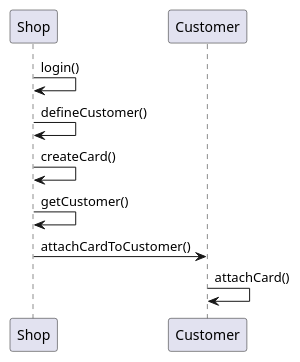
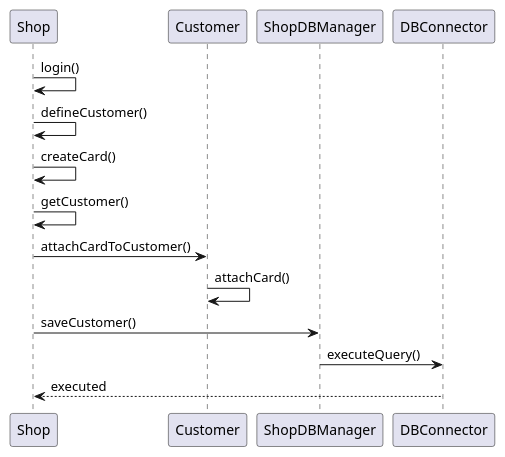
The fifth of 9 diagrams in Deliverables/DesignDocument.md (Ralls0/ezshop), drawn with PlantUML before and after one commit. The commit also changed other lines of this file, not shown here.

Commit message:
Update Verification sequence diagram

````diff
--- a/Deliverables/DesignDocument.md
+++ b/Deliverables/DesignDocument.md
@@ -375,8 +385,11 @@
 ```plantuml
 Shop -> Shop : login()
 Shop -> Shop : defineCustomer()
 Shop -> Shop : createCard()
 Shop -> Shop : getCustomer()
 Shop -> Customer : attachCardToCustomer()
 Customer -> Customer : attachCard()
+Shop -> ShopDBManager : saveCustomer()
+ShopDBManager -> DBConnector : executeQuery()
+DBConnector --> Shop: executed
 ```
````
